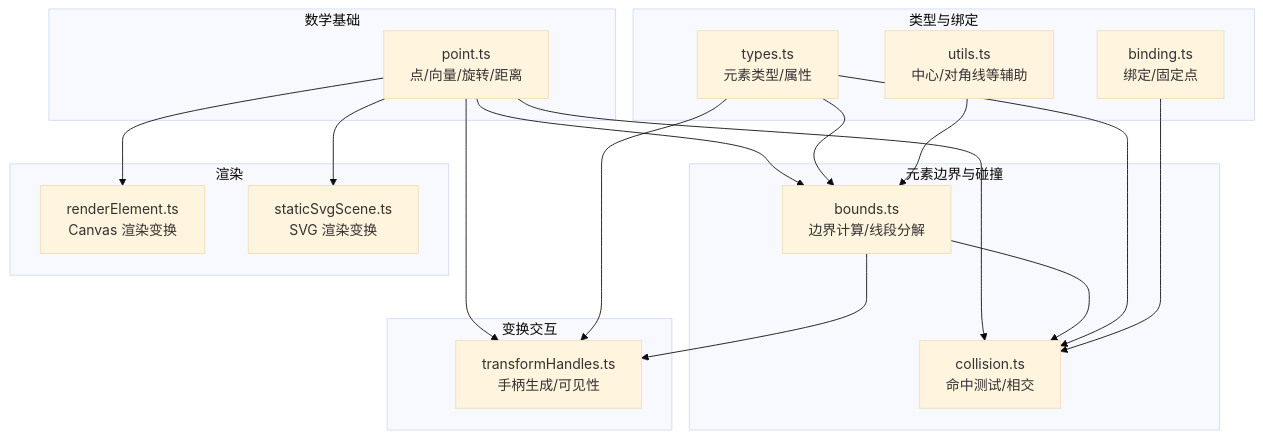
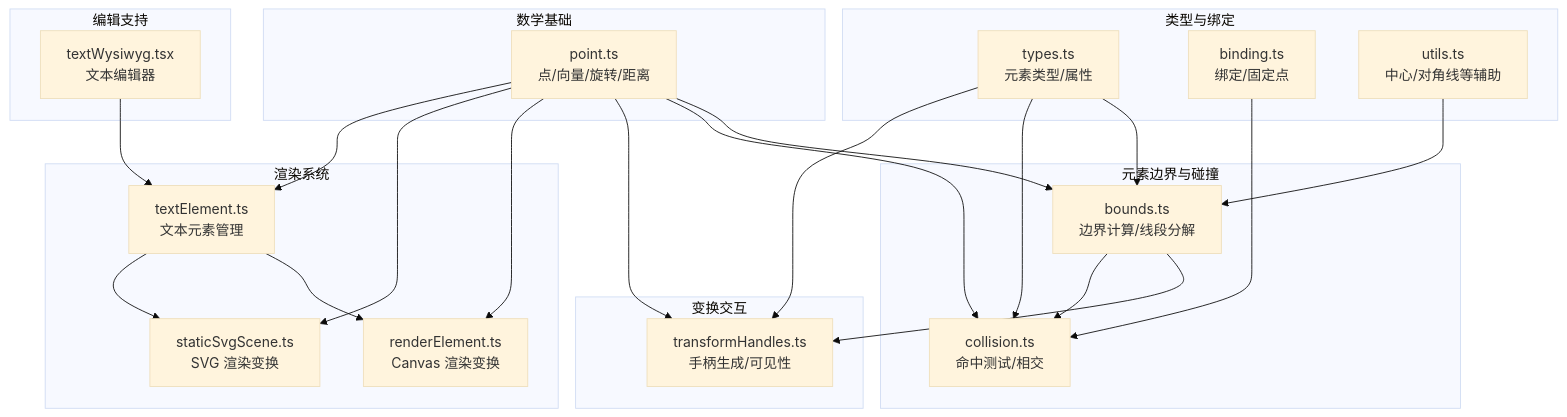
Before and after one commit to Az-qianchen/Excalidraw: the first of 10 diagrams in .qoder/repowiki/zh/content/元素系统/元素变换系统.md, drawn with Mermaid (base theme). The commit also changed other lines of this file and 14 other files, not shown here.

````diff
--- a/.qoder/repowiki/zh/content/元素系统/元素变换系统.md
+++ b/.qoder/repowiki/zh/content/元素系统/元素变换系统.md
@@ -42,34 +54,42 @@
 ```mermaid
 graph TB
 subgraph "数学基础"
 M1["point.ts<br/>点/向量/旋转/距离"]
 end
 subgraph "元素边界与碰撞"
 E1["bounds.ts<br/>边界计算/线段分解"]
 E2["collision.ts<br/>命中测试/相交"]
 end
 subgraph "变换交互"
 T1["transformHandles.ts<br/>手柄生成/可见性"]
 end
-subgraph "渲染"
+subgraph "渲染系统"
 R1["renderElement.ts<br/>Canvas 渲染变换"]
 R2["staticSvgScene.ts<br/>SVG 渲染变换"]
+R3["textElement.ts<br/>文本元素管理"]
 end
 subgraph "类型与绑定"
 U1["types.ts<br/>元素类型/属性"]
 U2["binding.ts<br/>绑定/固定点"]
 U3["utils.ts<br/>中心/对角线等辅助"]
 end
+subgraph "编辑支持"
+W1["textWysiwyg.tsx<br/>文本编辑器"]
+end
 M1 --> E1
 M1 --> E2
 M1 --> T1
 M1 --> R1
 M1 --> R2
+M1 --> R3
 E1 --> T1
 E1 --> E2
 U1 --> E1
 U1 --> E2
 U1 --> T1
 U2 --> E2
 U3 --> E1
+R3 --> R1
+R3 --> R2
+W1 --> R3
 ```
````
